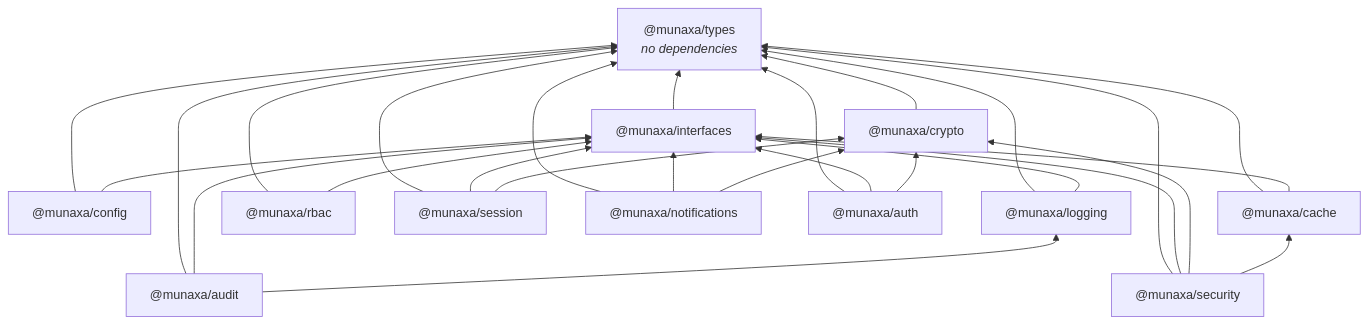
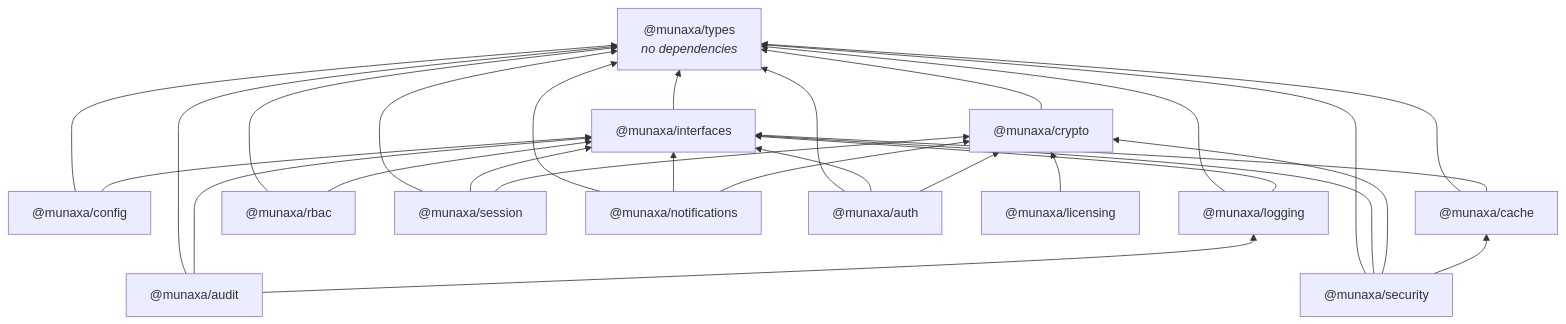
Before and after one commit to munaxa/munaxa-platform: the first of 2 diagrams in docs/security-platform/package-dependencies.md, drawn with Mermaid. The commit also changed 26 other files, not shown here.

First line of the commit message:
feat(licensing): @munaxa/licensing 0.1.0, the shared subscription and licensing contract (#21)

````diff
--- a/docs/security-platform/package-dependencies.md
+++ b/docs/security-platform/package-dependencies.md
@@ -5,42 +5,44 @@
 ```mermaid
 graph BT
   types["@munaxa/types<br/><i>no dependencies</i>"]
   interfaces["@munaxa/interfaces"]
   crypto["@munaxa/crypto"]
   config["@munaxa/config"]
   cache["@munaxa/cache"]
   logging["@munaxa/logging"]
   audit["@munaxa/audit"]
   rbac["@munaxa/rbac"]
   session["@munaxa/session"]
   security["@munaxa/security"]
   notifications["@munaxa/notifications"]
   auth["@munaxa/auth"]
+  licensing["@munaxa/licensing"]
 
   interfaces --> types
   crypto --> types
+  licensing --> crypto
   config --> types
   config --> interfaces
   cache --> types
   cache --> interfaces
   logging --> types
   logging --> interfaces
   audit --> types
   audit --> interfaces
   audit --> logging
   rbac --> types
   rbac --> interfaces
   session --> types
   session --> interfaces
   session --> crypto
   security --> types
   security --> interfaces
   security --> crypto
   security --> cache
   notifications --> types
   notifications --> interfaces
   notifications --> crypto
   auth --> types
   auth --> interfaces
   auth --> crypto
 ```
````
